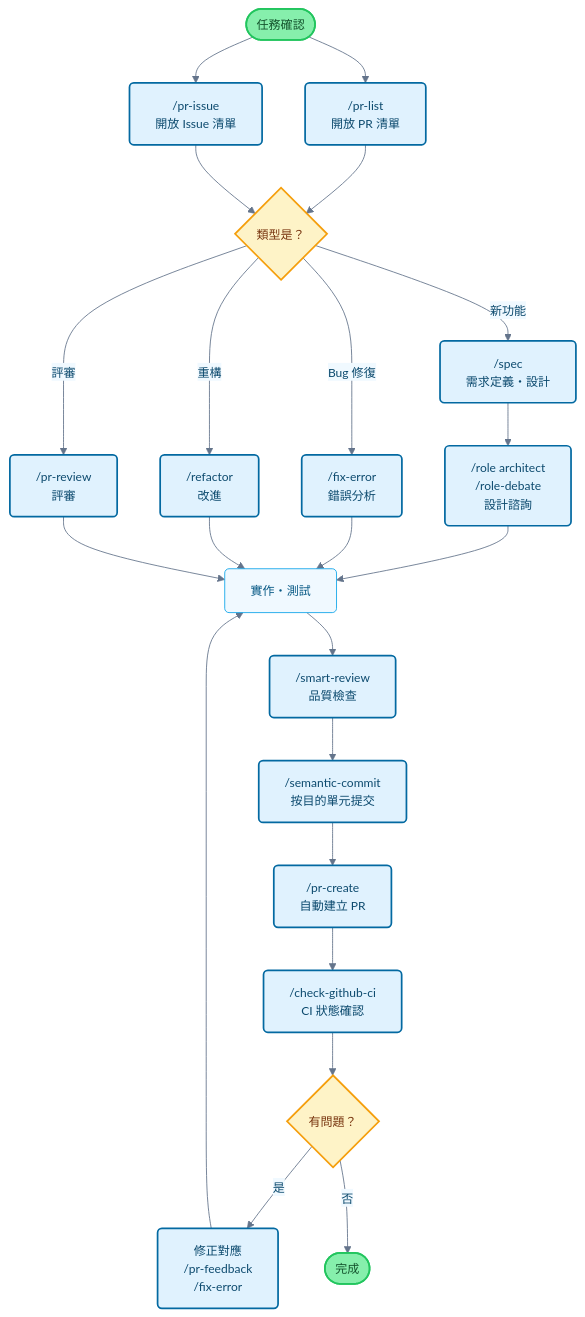
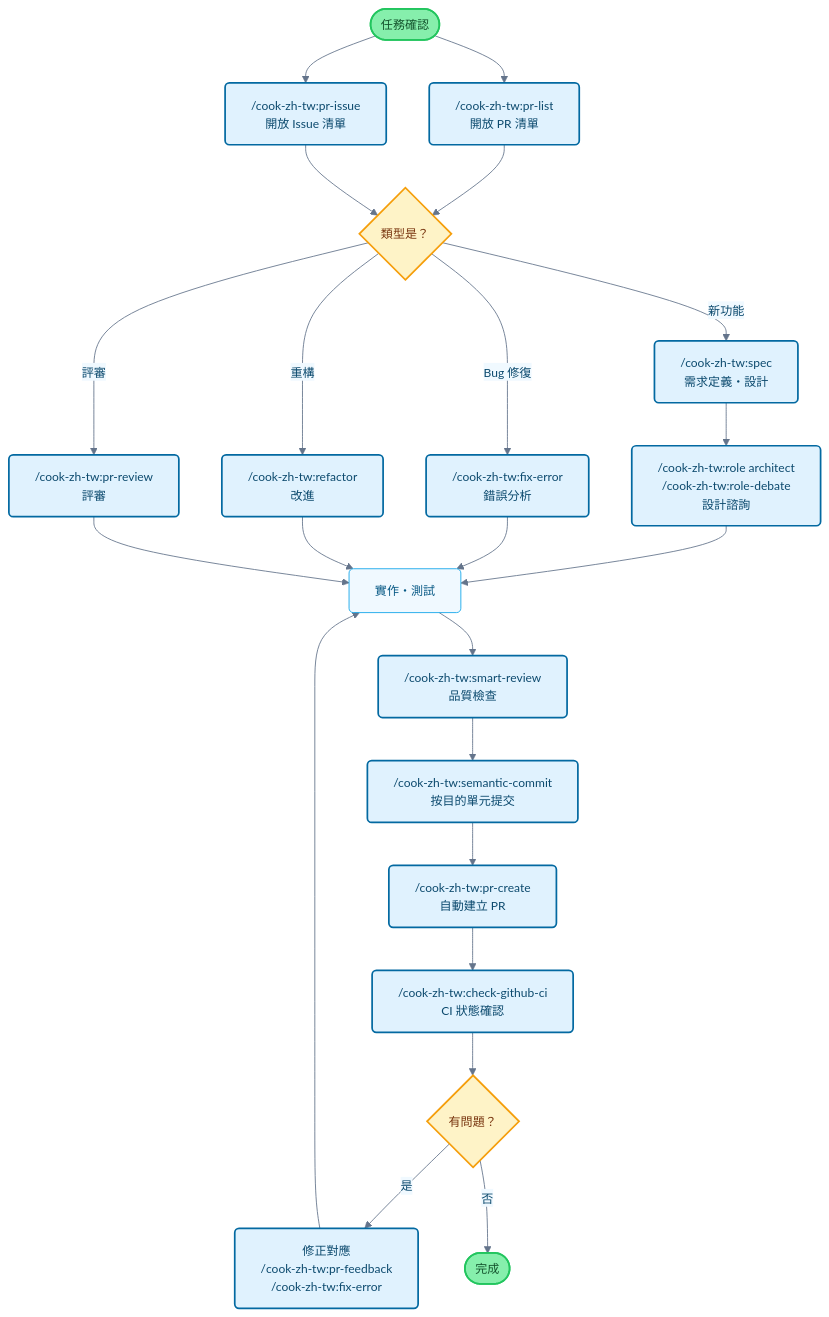
Before and after one commit to wasabeef/claude-code-cookbook: the diagram in plugins/zh-tw/README.md, drawn with Mermaid. The commit also changed 8 other files, not shown here.

Commit message:
docs: add plugin namespace prefix to Mermaid flowchart commands

````diff
--- a/plugins/zh-tw/README.md
+++ b/plugins/zh-tw/README.md
@@ -114,42 +114,42 @@
 ```mermaid
 flowchart TB
-    Start([任務確認]) --> PRList["/pr-list<br/>開放 PR 清單"]
-    Start --> PRIssue["/pr-issue<br/>開放 Issue 清單"]
+    Start([任務確認]) --> PRList["/cook-zh-tw:pr-list<br/>開放 PR 清單"]
+    Start --> PRIssue["/cook-zh-tw:pr-issue<br/>開放 Issue 清單"]
 
     PRList --> TaskType{類型是？}
     PRIssue --> TaskType
 
-    TaskType -->|新功能| Plan["/spec<br/>需求定義・設計"]
-    TaskType -->|Bug 修復| Fix["/fix-error<br/>錯誤分析"]
-    TaskType -->|重構| Refactor["/refactor<br/>改進"]
-    TaskType -->|評審| Review["/pr-review<br/>評審"]
+    TaskType -->|新功能| Plan["/cook-zh-tw:spec<br/>需求定義・設計"]
+    TaskType -->|Bug 修復| Fix["/cook-zh-tw:fix-error<br/>錯誤分析"]
+    TaskType -->|重構| Refactor["/cook-zh-tw:refactor<br/>改進"]
+    TaskType -->|評審| Review["/cook-zh-tw:pr-review<br/>評審"]
 
-    Plan --> Design["/role architect<br/>/role-debate<br/>設計諮詢"]
+    Plan --> Design["/cook-zh-tw:role architect<br/>/cook-zh-tw:role-debate<br/>設計諮詢"]
     Design --> Implementation[實作・測試]
     Fix --> Implementation
     Refactor --> Implementation
     Review --> Implementation
 
-    Implementation --> Check["/smart-review<br/>品質檢查"]
-    Check --> Commit["/semantic-commit<br/>按目的單元提交"]
-    Commit --> PR["/pr-create<br/>自動建立 PR"]
-    PR --> CI["/check-github-ci<br/>CI 狀態確認"]
+    Implementation --> Check["/cook-zh-tw:smart-review<br/>品質檢查"]
+    Check --> Commit["/cook-zh-tw:semantic-commit<br/>按目的單元提交"]
+    Commit --> PR["/cook-zh-tw:pr-create<br/>自動建立 PR"]
+    PR --> CI["/cook-zh-tw:check-github-ci<br/>CI 狀態確認"]
 
     CI --> Status{有問題？}
-    Status -->|是| Feedback["修正對應<br/>/pr-feedback<br/>/fix-error"]
+    Status -->|是| Feedback["修正對應<br/>/cook-zh-tw:pr-feedback<br/>/cook-zh-tw:fix-error"]
     Status -->|否| End([完成])
 
     Feedback --> Implementation
 
     classDef commandBox fill:#e0f2fe,stroke:#0369a1,stroke-width:2px,rx:5,ry:5,color:#0c4a6e
     classDef processBox fill:#f0f9ff,stroke:#0ea5e9,stroke-width:1px,rx:5,ry:5,color:#075985
     classDef decisionBox fill:#fef3c7,stroke:#f59e0b,stroke-width:2px,rx:5,ry:5,color:#78350f
     classDef startEnd fill:#86efac,stroke:#22c55e,stroke-width:2px,rx:20,ry:20,color:#14532d
 
     class PRList,PRIssue,Plan,Fix,Refactor,Review,Design,Check,CI,Commit,PR,Feedback commandBox
     class Implementation processBox
     class TaskType,Status decisionBox
     class Start,End startEnd
 
     %%{init: {'theme':'base', 'themeVariables': { 'primaryColor':'#e0f2fe', 'primaryTextColor':'#0c4a6e', 'primaryBorderColor':'#0369a1', 'lineColor':'#64748b', 'secondaryColor':'#f0f9ff', 'background':'#ffffff', 'mainBkg':'#ffffff', 'fontSize': '14px'}}}%%
 ```
````
